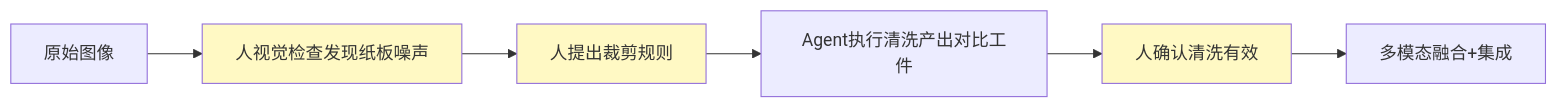
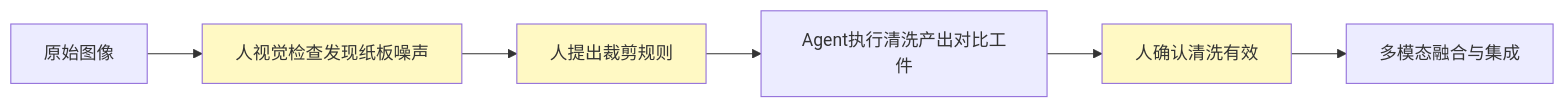
One commit to wizardforcel/vibe-kaggle changed the first of 3 diagrams in docs/chapters/chapter13.md. Above: the diagram before and after it, drawn with Mermaid. The commit also changed other lines of this file and 22 other files, not shown here.

````diff
--- a/docs/chapters/chapter13.md
+++ b/docs/chapters/chapter13.md
@@ -15,11 +23,11 @@
 ```mermaid
 flowchart LR
     A[原始图像] --> B[人视觉检查发现纸板噪声]
     B --> C[人提出裁剪规则]
     C --> D[Agent执行清洗产出对比工件]
     D --> E[人确认清洗有效]
-    E --> F[多模态融合+集成]
+    E --> F[多模态融合与集成]
     style B fill:#fff9c4
     style C fill:#fff9c4
     style E fill:#fff9c4
 ```
````
